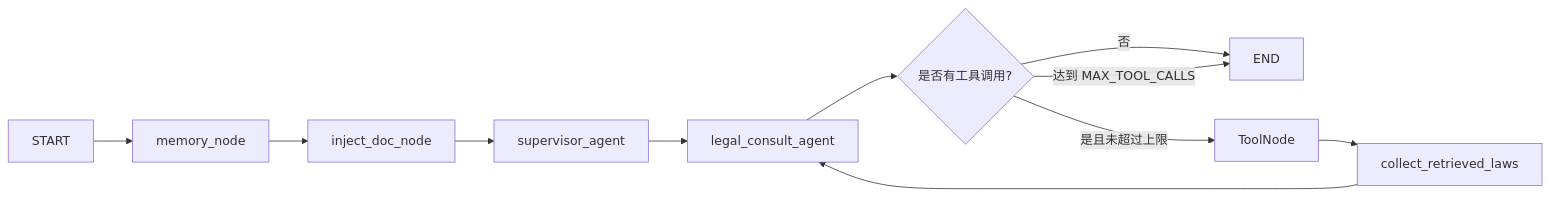
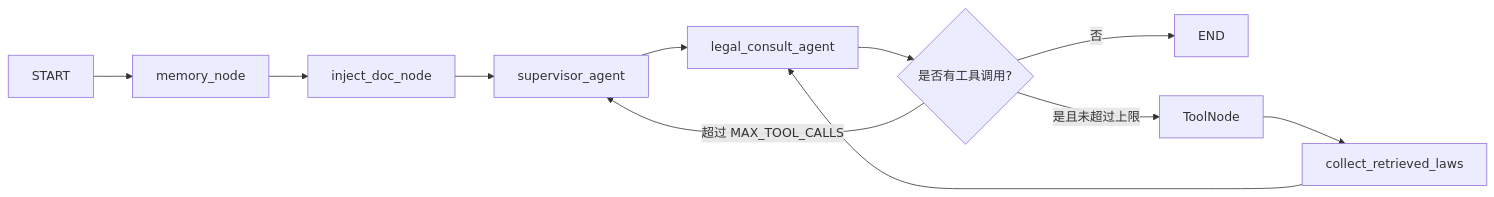
Before and after one commit to uuo00n/lexcore-legal-agent: the third of 8 diagrams in docs/report/project-report.md, drawn with Mermaid. The commit also changed other lines of this file and 20 other files, not shown here.

````diff
--- a/docs/report/project-report.md
+++ b/docs/report/project-report.md
@@ -354,13 +354,13 @@
 ```mermaid
 flowchart LR
   Start["START"] --> Memory["memory_node"]
   Memory --> InjectDoc["inject_doc_node"]
   InjectDoc --> Supervisor["supervisor_agent"]
   Supervisor --> Consult["legal_consult_agent"]
   Consult --> Decision{"是否有工具调用?"}
   Decision -->|否| End["END"]
   Decision -->|是且未超过上限| Tools["ToolNode"]
-  Decision -->|达到 MAX_TOOL_CALLS| End
+  Decision -->|超过 MAX_TOOL_CALLS| Supervisor
   Tools --> Collect["collect_retrieved_laws"]
   Collect --> Consult
 ```
````
